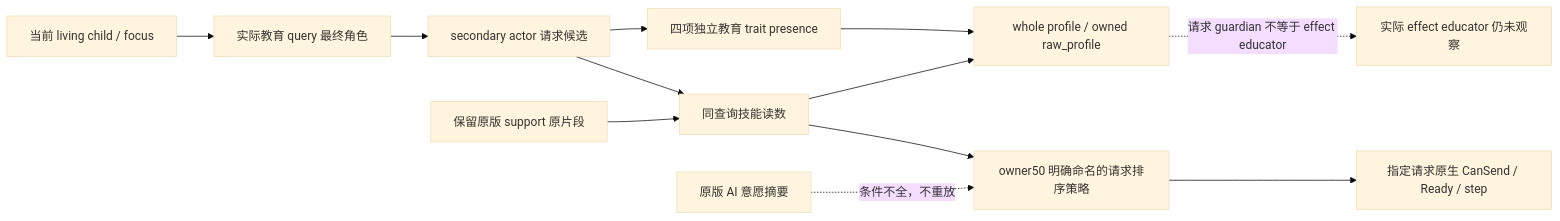
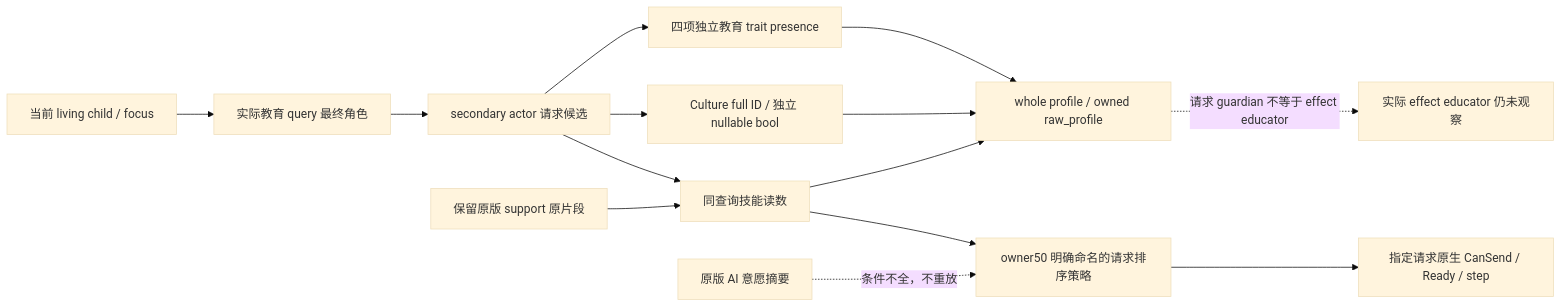
The diagram in docs/ck3-native-ai/guardian-education-choice-source-12004.md (XenoAmess/ck3_eternal_recurrence), drawn with Mermaid (base theme) before and after one commit. The commit also changed other lines of this file and 8 other files, not shown here.

````diff
--- a/docs/ck3-native-ai/guardian-education-choice-source-12004.md
+++ b/docs/ck3-native-ai/guardian-education-choice-source-12004.md
@@ -98,14 +120,16 @@
 ```mermaid
 flowchart LR
     C[当前 living child / focus] --> Q[实际教育 query 最终角色]
     Q --> G[secondary actor 请求候选]
     G --> V[同查询技能读数]
     G --> T[四项独立教育 trait presence]
     T --> O[whole profile / owned raw_profile]
+    G --> K[Culture full ID / 独立 nullable bool]
+    K --> O
     V --> O
     O -. 请求 guardian 不等于 effect educator .-> E[实际 effect educator 仍未观察]
     R[保留原版 support 原片段] --> V
     V --> P[owner50 明确命名的请求排序策略]
     P --> N[指定请求原生 CanSend / Ready / step]
     A[原版 AI 意愿摘要] -. 条件不全，不重放 .-> P
 ```
````
